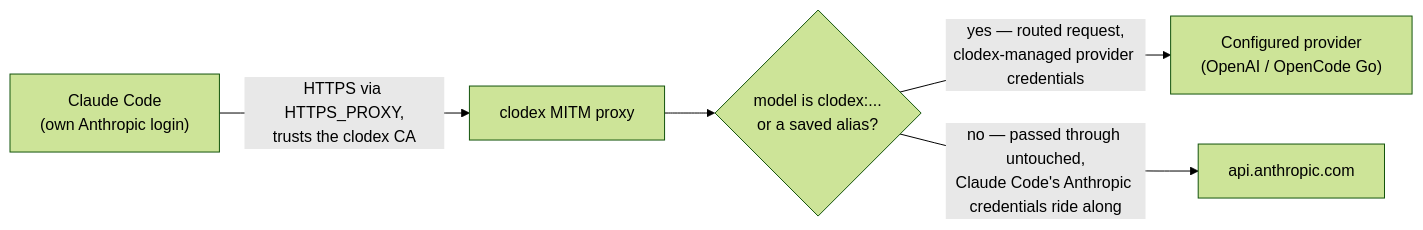
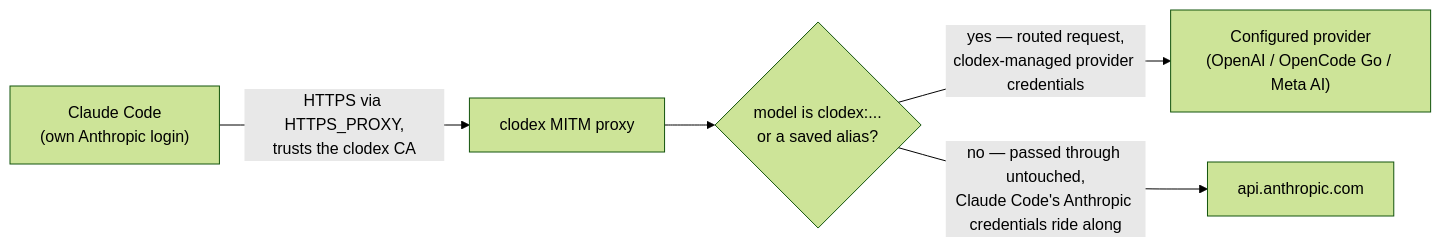
The first of 2 diagrams in README.md (zachspartofaday/clodex), drawn with Mermaid (forest theme) before and after one commit. The commit also changed other lines of this file and 1 other file, not shown here.

First line of the commit message:
docs: advertise the Meta AI provider in help and README

````diff
--- a/README.md
+++ b/README.md
@@ -74,7 +74,7 @@
 ```mermaid
 flowchart LR
     CC["Claude Code<br/>(own Anthropic login)"] -->|"HTTPS via HTTPS_PROXY,<br/>trusts the clodex CA"| MITM["clodex MITM proxy"]
     MITM --> DEC{"model is clodex:...<br/>or a saved alias?"}
-    DEC -->|"yes — routed request,<br/>clodex-managed provider credentials"| UP["Configured provider<br/>(OpenAI / OpenCode Go)"]
+    DEC -->|"yes — routed request,<br/>clodex-managed provider credentials"| UP["Configured provider<br/>(OpenAI / OpenCode Go / Meta AI)"]
     DEC -->|"no — passed through untouched,<br/>Claude Code's Anthropic credentials ride along"| ANT["api.anthropic.com"]
 ```
````
